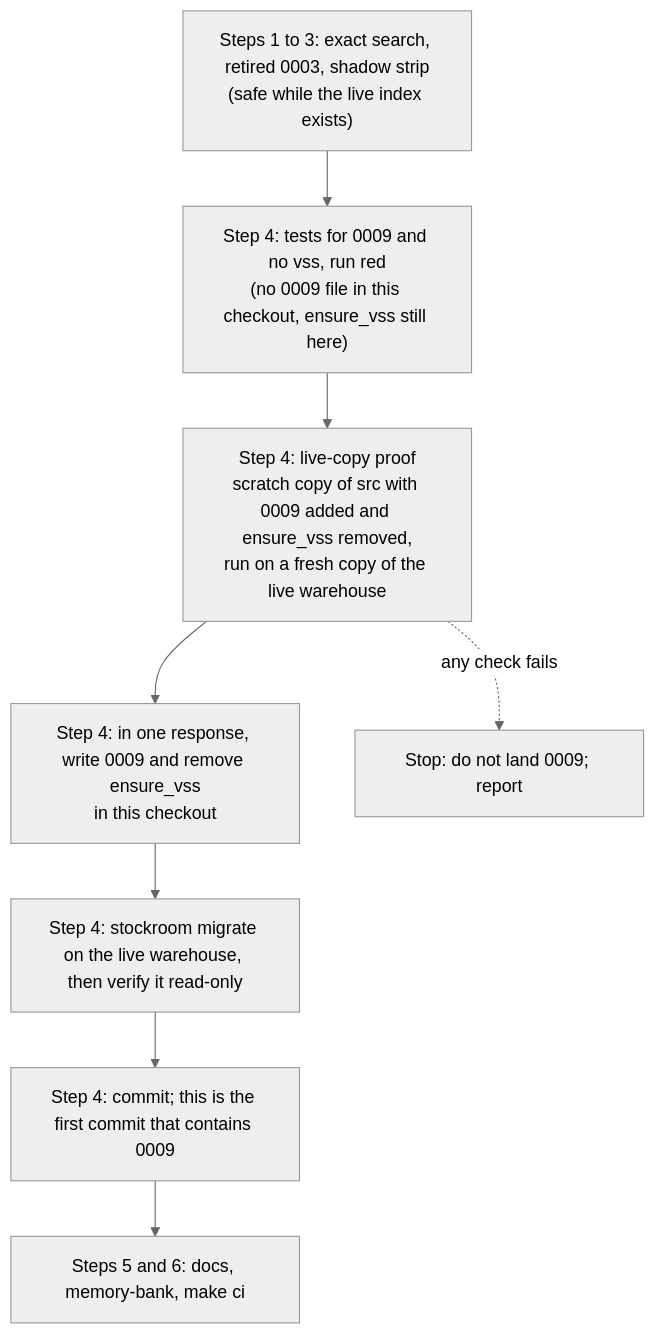
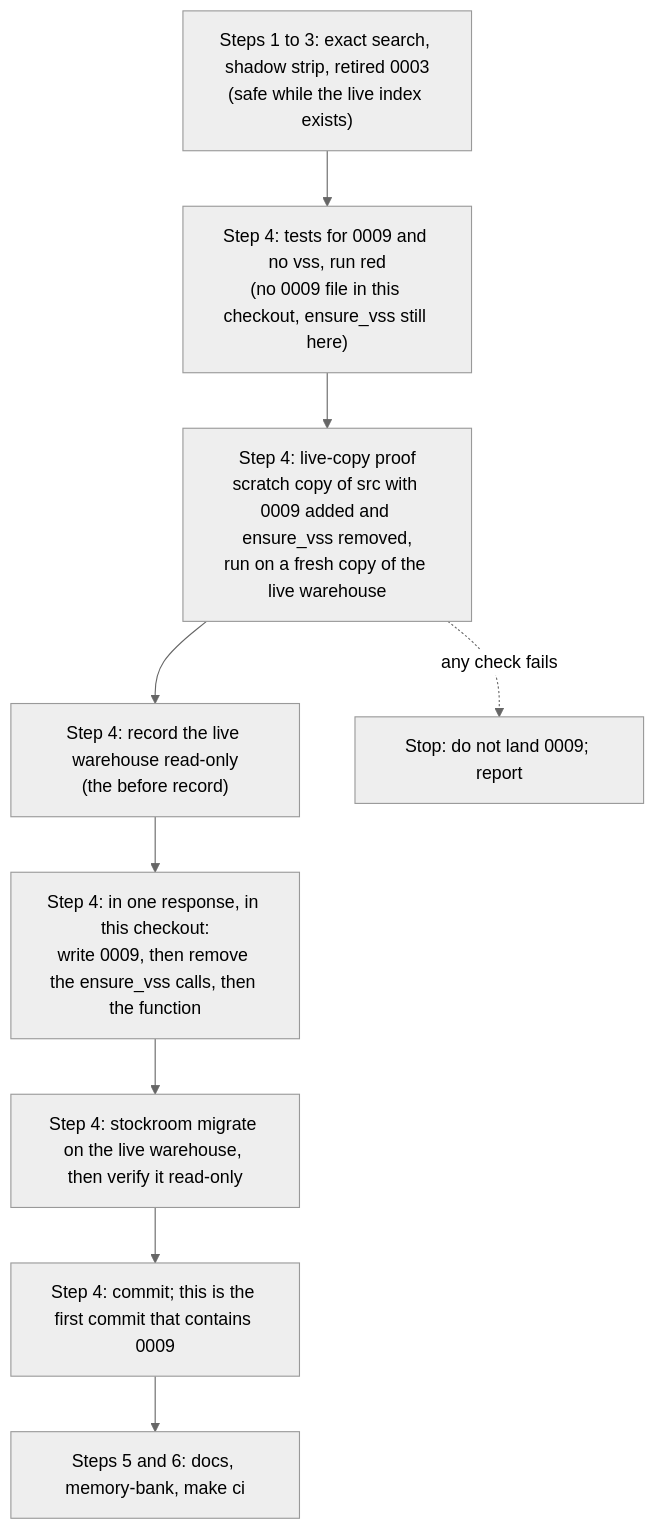
One commit to Texarkanine/stockroom changed the diagram in memory-bank/active/tasks.md. Above: the diagram before and after it, drawn with Mermaid (neutral theme). The commit also changed other lines of this file and 2 other files, not shown here.

Commit message:
chore: saved work on warehouse-file-growth at PREFLIGHT - COMPLETE (milestone 1, advisories folded)

````diff
--- a/memory-bank/active/tasks.md
+++ b/memory-bank/active/tasks.md
@@ -15,12 +15,13 @@
 ```mermaid
 flowchart TD
-  s1["Steps 1 to 3: exact search, retired 0003, shadow strip<br>(safe while the live index exists)"]
+  s1["Steps 1 to 3: exact search, shadow strip, retired 0003<br>(safe while the live index exists)"]
   s4a["Step 4: tests for 0009 and no vss, run red<br>(no 0009 file in this checkout, ensure_vss still here)"]
   proof["Step 4: live-copy proof<br>scratch copy of src with 0009 added and ensure_vss removed,<br>run on a fresh copy of the live warehouse"]
-  land["Step 4: in one response, write 0009 and remove ensure_vss<br>in this checkout"]
+  before["Step 4: record the live warehouse read-only<br>(the before record)"]
+  land["Step 4: in one response, in this checkout:<br>write 0009, then remove the ensure_vss calls, then the function"]
   migrate["Step 4: stockroom migrate on the live warehouse, then verify it read-only"]
   commit["Step 4: commit; this is the first commit that contains 0009"]
   rest["Steps 5 and 6: docs, memory-bank, make ci"]
-  s1 --> s4a --> proof --> land --> migrate --> commit --> rest
+  s1 --> s4a --> proof --> before --> land --> migrate --> commit --> rest
   proof -.->|"any check fails"| stop["Stop: do not land 0009; report"]
 ```
````
